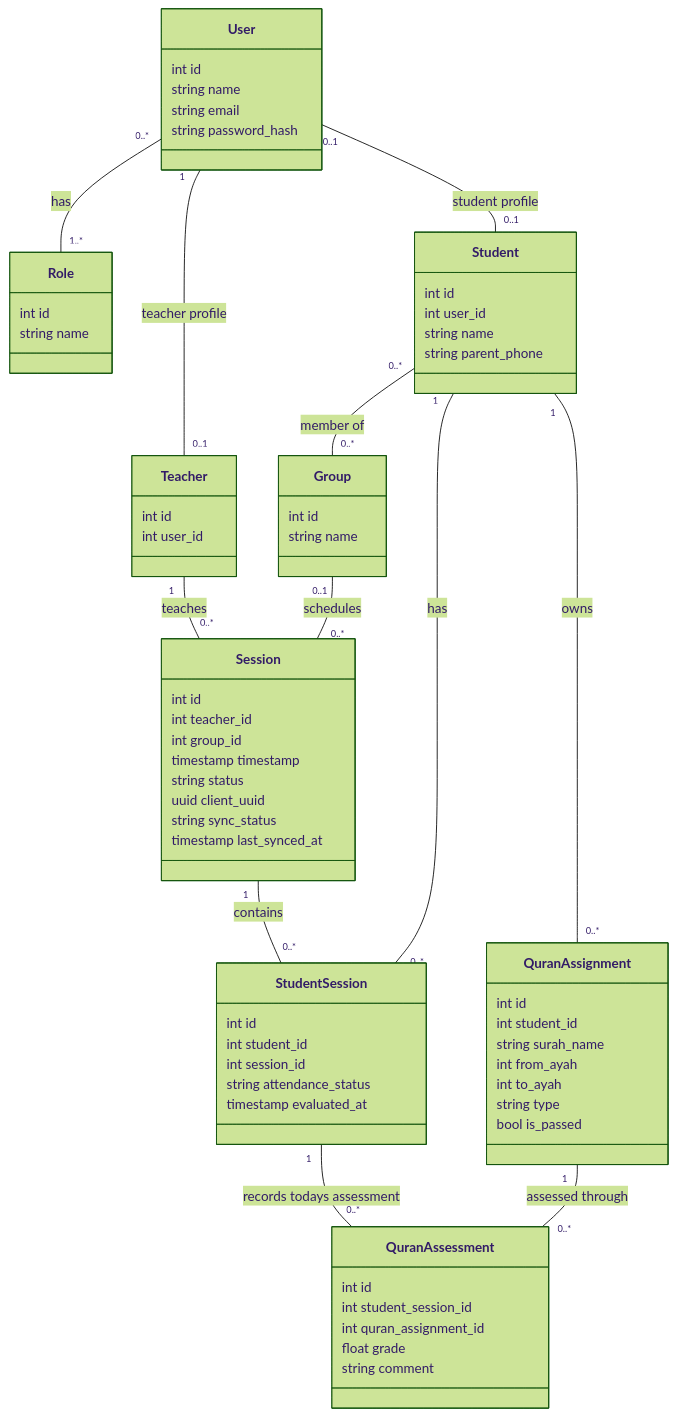
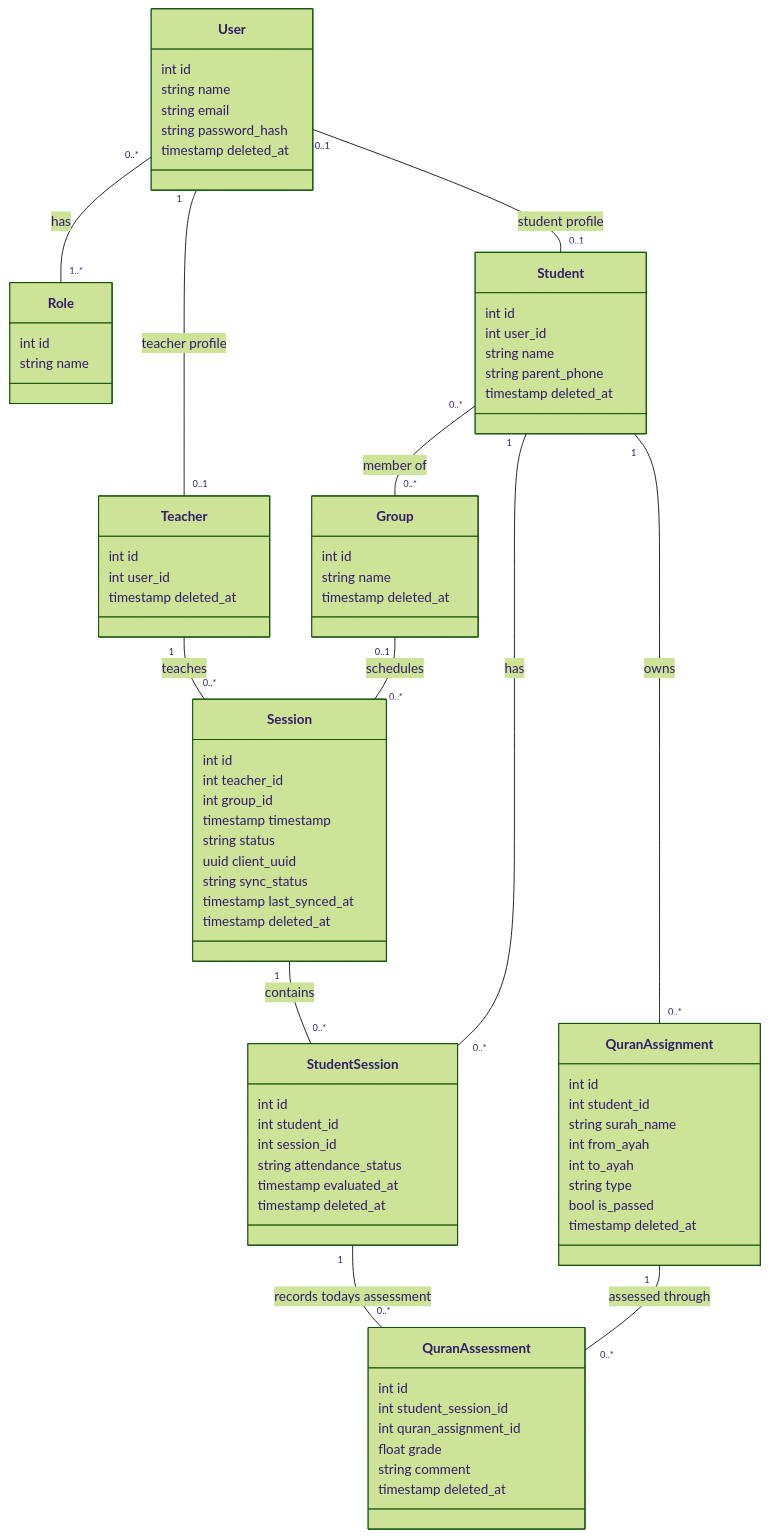
Before and after one commit to OussamaNahnah/Halaka: the diagram in docs/class-diagram.md, drawn with Mermaid (forest theme). The commit also changed other lines of this file and 96 other files, not shown here.

````diff
--- a/docs/class-diagram.md
+++ b/docs/class-diagram.md
@@ -14,74 +14,82 @@
 ```mermaid
 classDiagram
 direction TB
 
 class User {
   int id
   string name
   string email
   string password_hash
+  timestamp deleted_at
 }
 class Role {
   int id
   string name
 }
 class Teacher {
   int id
   int user_id
+  timestamp deleted_at
 }
 class Student {
   int id
   int user_id
   string name
   string parent_phone
+  timestamp deleted_at
 }
 class Group {
   int id
   string name
+  timestamp deleted_at
 }
 class Session {
   int id
   int teacher_id
   int group_id
   timestamp timestamp
   string status
   uuid client_uuid
   string sync_status
   timestamp last_synced_at
+  timestamp deleted_at
 }
 class StudentSession {
   int id
   int student_id
   int session_id
   string attendance_status
   timestamp evaluated_at
+  timestamp deleted_at
 }
 class QuranAssignment {
   int id
   int student_id
   string surah_name
   int from_ayah
   int to_ayah
   string type
   bool is_passed
+  timestamp deleted_at
 }
 class QuranAssessment {
   int id
   int student_session_id
   int quran_assignment_id
   float grade
   string comment
+  timestamp deleted_at
 }
 
 User "0..*" -- "1..*" Role : has
 User "1" -- "0..1" Teacher : teacher profile
 User "0..1" -- "0..1" Student : student profile
 Student "0..*" -- "0..*" Group : member of
 Group "0..1" -- "0..*" Session : schedules
 Teacher "1" -- "0..*" Session : teaches
 Session "1" -- "0..*" StudentSession : contains
 Student "1" -- "0..*" StudentSession : has
 Student "1" -- "0..*" QuranAssignment : owns
 StudentSession "1" -- "0..*" QuranAssessment : records todays assessment
 QuranAssignment "1" -- "0..*" QuranAssessment : assessed through
 ```
````
